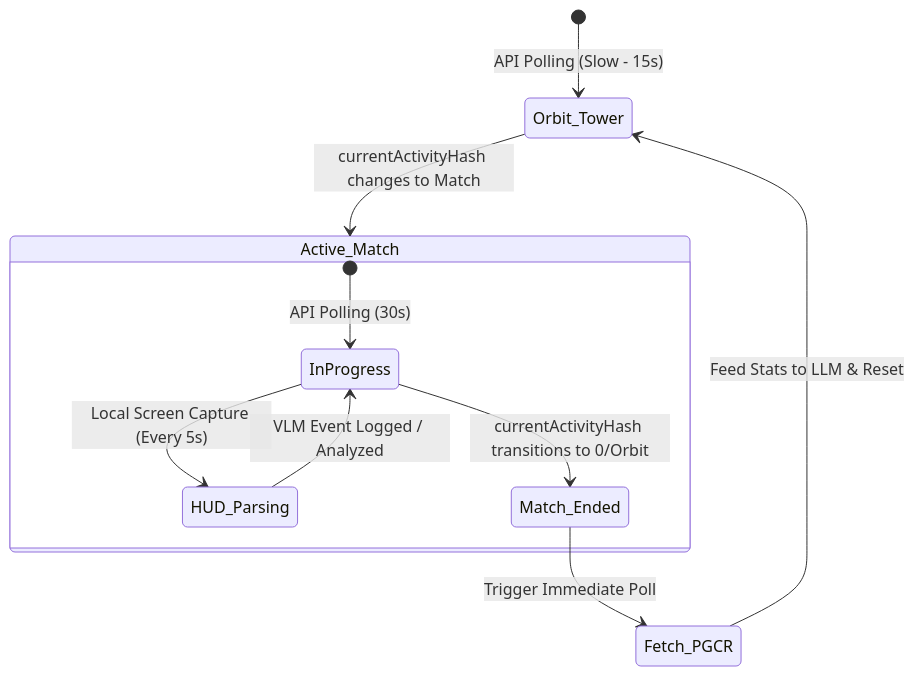
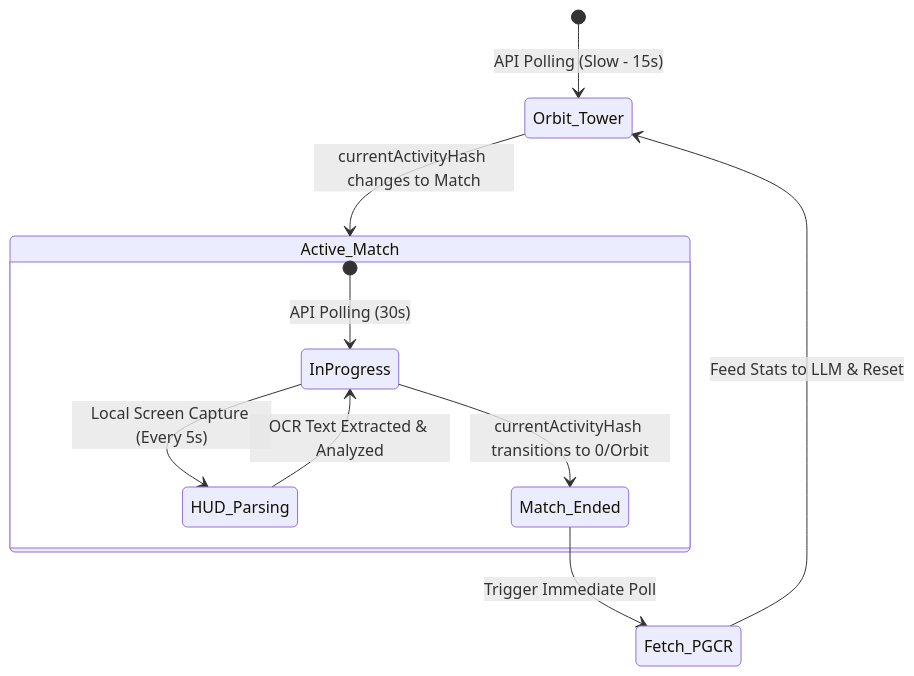
Before and after one commit to gg582/airi: the second of 2 diagrams in docs/proposal-destiny2-plugin.md, drawn with Mermaid. The commit also changed other lines of this file, not shown here.

Commit message:
docs: update destiny 2 plugin proposal to use PP-OCRv6 tiny instead of VLM

````diff
--- a/docs/proposal-destiny2-plugin.md
+++ b/docs/proposal-destiny2-plugin.md
@@ -61,15 +61,15 @@
 ```mermaid
 stateDiagram-v2
     [*] --> Orbit_Tower : API Polling (Slow - 15s)
     Orbit_Tower --> Active_Match : currentActivityHash changes to Match
 
     state Active_Match {
         [*] --> InProgress : API Polling (30s)
         InProgress --> HUD_Parsing : Local Screen Capture (Every 5s)
-        HUD_Parsing --> InProgress : VLM Event Logged / Analyzed
+        HUD_Parsing --> InProgress : OCR Text Extracted & Analyzed
         InProgress --> Match_Ended : currentActivityHash transitions to 0/Orbit
     }
 
     Match_Ended --> Fetch_PGCR : Trigger Immediate Poll
     Fetch_PGCR --> Orbit_Tower : Feed Stats to LLM & Reset
 ```
````
